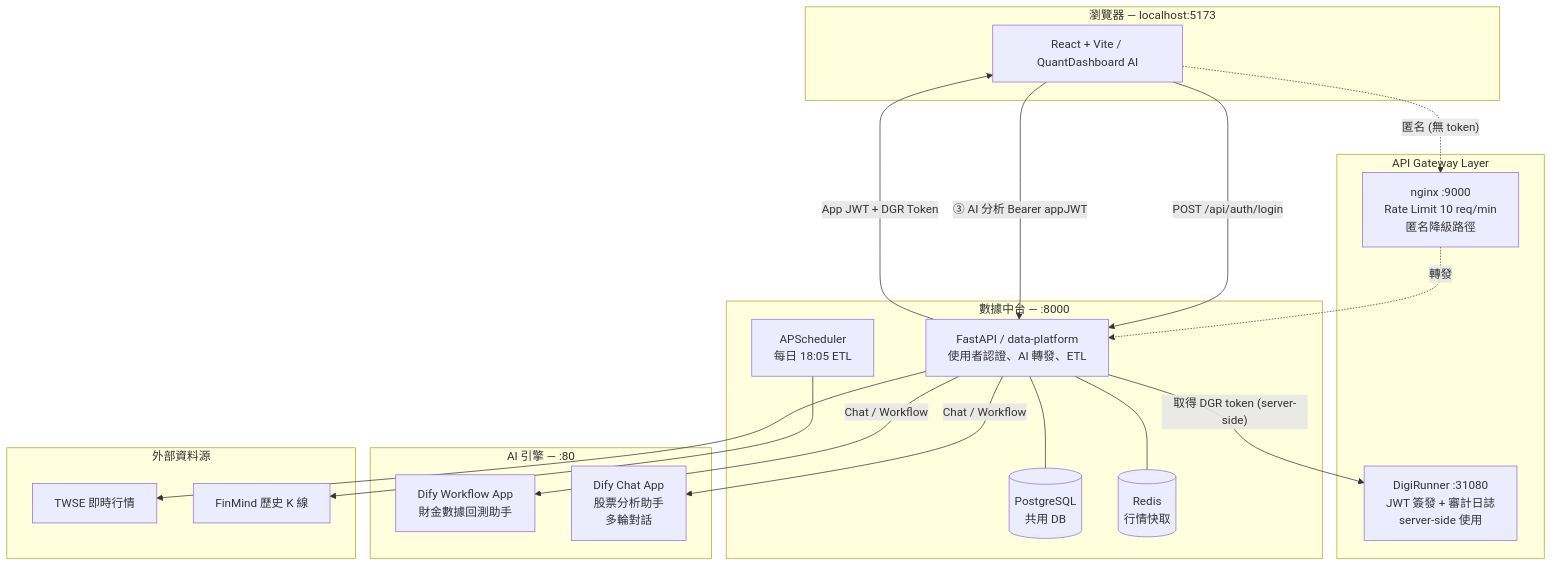
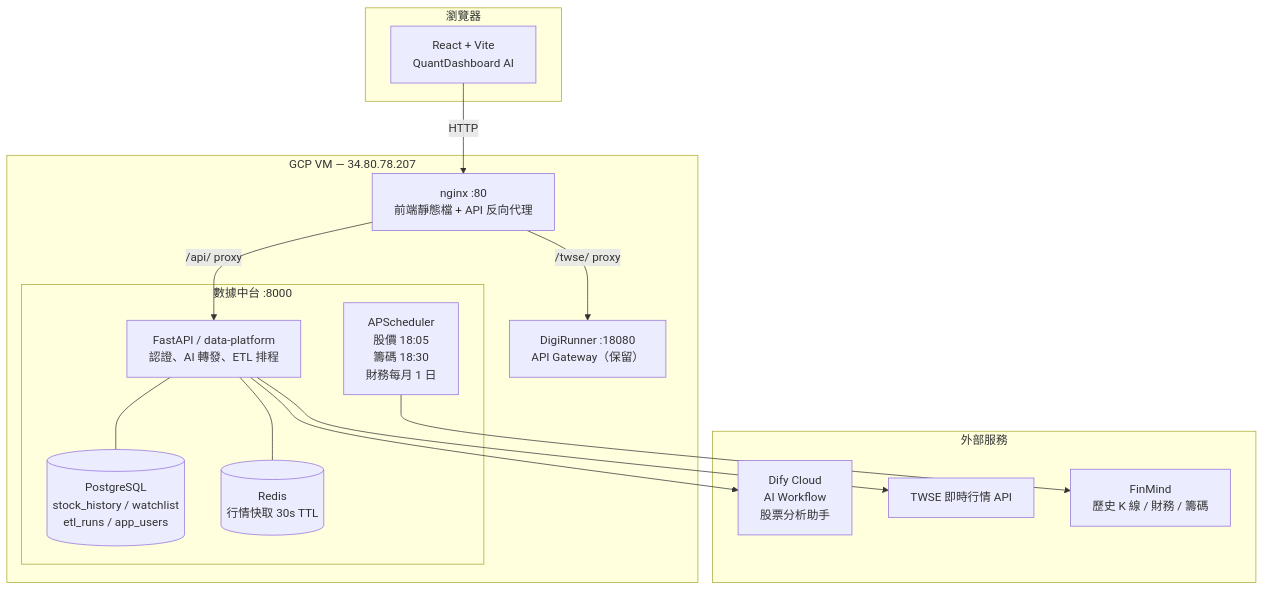
Before and after one commit to kevinzeroCode/GDG-opentpi-2026: the diagram in README.md, drawn with Mermaid. The commit also changed other lines of this file, not shown here.

First line of the commit message:
docs: update README with current architecture and features

````diff
--- a/README.md
+++ b/README.md
@@ -15,43 +18,35 @@
 ```mermaid
 graph TB
-    subgraph Client["瀏覽器 — localhost:5173"]
-        FE["React + Vite / QuantDashboard AI"]
+    subgraph Client["瀏覽器"]
+        FE["React + Vite<br/>QuantDashboard AI"]
     end
 
-    subgraph GatewayLayer["API Gateway Layer"]
-        DGR["DigiRunner :31080<br/>JWT 簽發 + 審計日誌<br/>server-side 使用"]
-        NGX["nginx :9000<br/>Rate Limit 10 req/min<br/>匿名降級路徑"]
+    subgraph GCP["GCP VM — 34.80.78.207"]
+        NGX["nginx :80<br/>前端靜態檔 + API 反向代理"]
+
+        subgraph Platform["數據中台 :8000"]
+            API["FastAPI / data-platform<br/>認證、AI 轉發、ETL 排程"]
+            PG[("PostgreSQL<br/>stock_history / watchlist<br/>etl_runs / app_users")]
+            RD[("Redis<br/>行情快取 30s TTL")]
+            ETL["APScheduler<br/>股價 18:05<br/>籌碼 18:30<br/>財務每月 1 日"]
+        end
+
+        DGR["DigiRunner :18080<br/>API Gateway（保留）"]
     end
 
-    subgraph Platform["數據中台 — :8000"]
-        API["FastAPI / data-platform<br/>使用者認證、AI 轉發、ETL"]
-        PG[("PostgreSQL<br/>共用 DB")]
-        RD[("Redis<br/>行情快取")]
-        ETL["APScheduler<br/>每日 18:05 ETL"]
+    subgraph External["外部服務"]
+        DIFY["Dify Cloud<br/>AI Workflow<br/>股票分析助手"]
+        TWSE["TWSE 即時行情 API"]
+        FM["FinMind<br/>歷史 K 線 / 財務 / 籌碼"]
     end
 
-    subgraph AIEngine["AI 引擎 — :80"]
-        WF["Dify Workflow App<br/>財金數據回測助手"]
-        CHAT["Dify Chat App<br/>股票分析助手<br/>多輪對話"]
-    end
+    FE -- "HTTP" --> NGX
+    NGX -- "/api/ proxy" --> API
+    NGX -- "/twse/ proxy" --> DGR
 
-    subgraph External["外部資料源"]
-        TWSE["TWSE 即時行情"]
-        FM["FinMind 歷史 K 線"]
-    end
-
-    FE -- "POST /api/auth/login" --> API
-    API -- "App JWT + DGR Token" --> FE
-
-    FE -- "③ AI 分析 Bearer appJWT" --> API
-    FE -. "匿名 (無 token)" .-> NGX
-    NGX -. "轉發" .-> API
-
-    API -- "取得 DGR token (server-side)" --> DGR
-    API -- "Chat / Workflow" --> WF
-    API -- "Chat / Workflow" --> CHAT
+    API --> DIFY
+    API --> TWSE
     API --- PG
     API --- RD
     ETL --> FM
-    API --> TWSE
 ```
````
